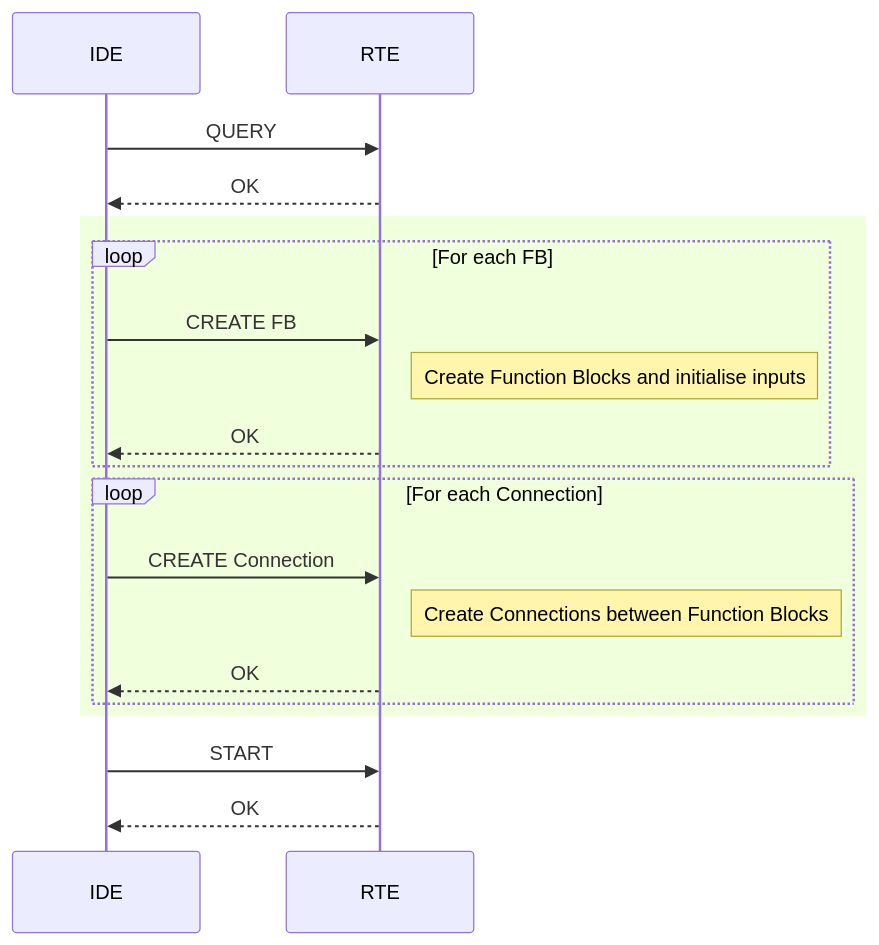
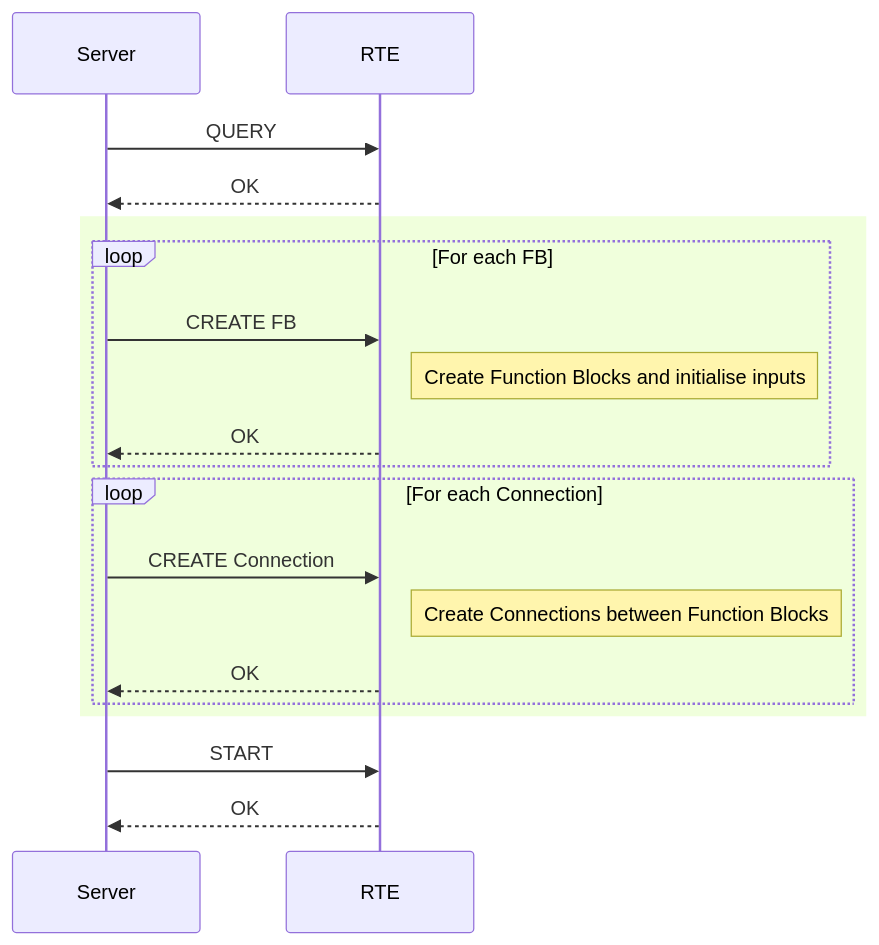
The second of 3 diagrams in report/figures/diagrams_src/uml.md (Pedro-Beirao/PTERO), drawn with Mermaid before and after one commit. The commit also changed other lines of this file and 10 other files, not shown here.

````diff
--- a/report/figures/diagrams_src/uml.md
+++ b/report/figures/diagrams_src/uml.md
@@ -33,23 +33,23 @@
 ```mermaid
 sequenceDiagram
-    IDE->>RTE: QUERY
-    RTE-->>IDE: OK
+    Server->>RTE: QUERY
+    RTE-->>Server: OK
 
     rect rgb(240,255,220)
         loop For each FB
-            IDE->>RTE: CREATE FB
+            Server->>RTE: CREATE FB
             Note right of RTE: Create Function Blocks and initialise inputs
-            RTE-->>IDE: OK
+            RTE-->>Server: OK
         end
 
 
         loop For each Connection
-            IDE->>RTE: CREATE Connection
+            Server->>RTE: CREATE Connection
             Note right of RTE: Create Connections between Function Blocks
-            RTE-->>IDE: OK
+            RTE-->>Server: OK
         end
     end
 
-    IDE->>RTE: START
-    RTE-->>IDE: OK
+    Server->>RTE: START
+    RTE-->>Server: OK
 ```
````
